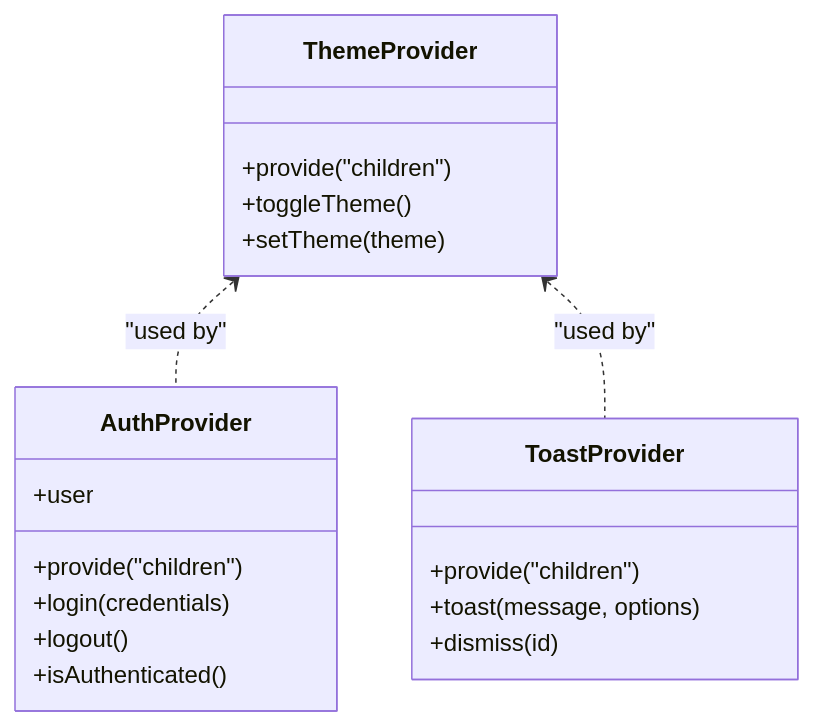
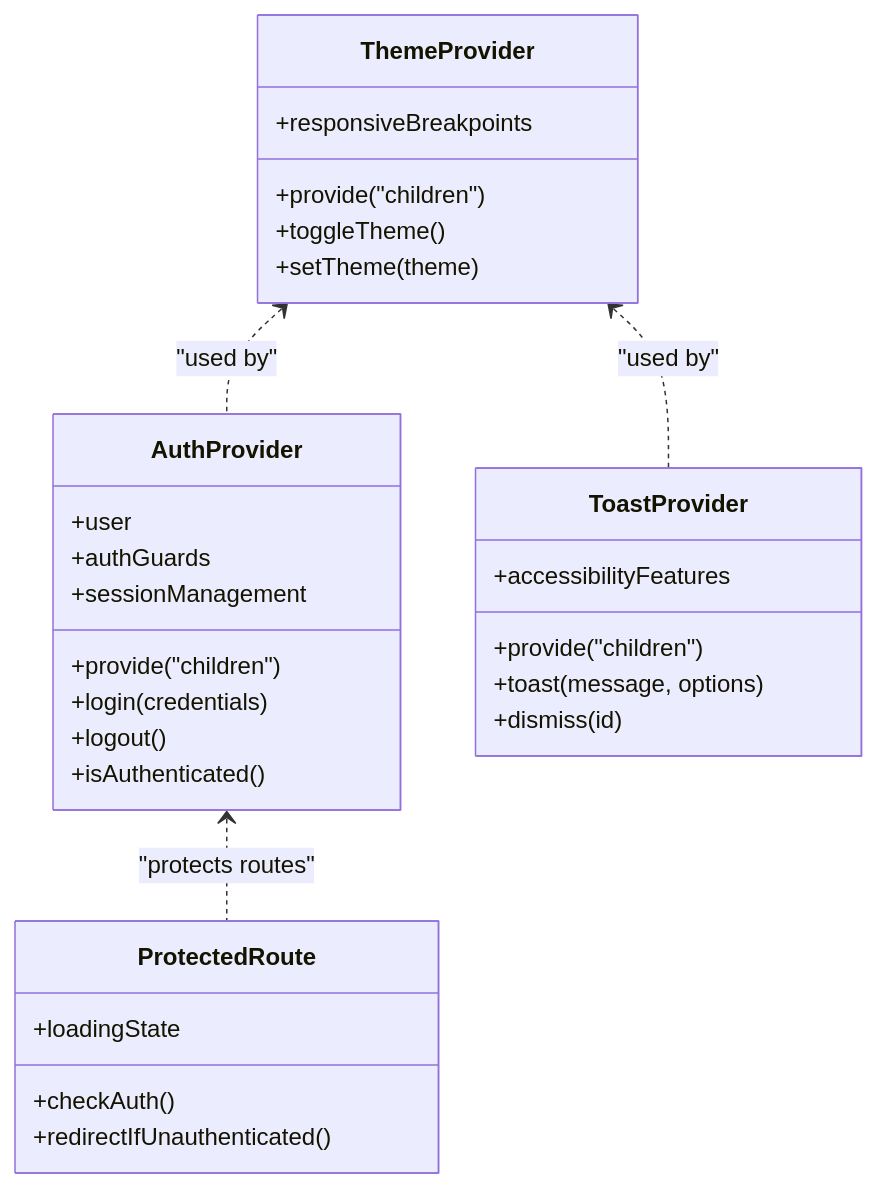
Before and after one commit to HassanAmeer/cheaprouter: the fourth of 9 diagrams in .qoder/repowiki/en/content/Frontend Architecture/Frontend Architecture.md, drawn with Mermaid. The commit also changed other lines of this file and 54 other files, not shown here.

````diff
--- a/.qoder/repowiki/en/content/Frontend Architecture/Frontend Architecture.md
+++ b/.qoder/repowiki/en/content/Frontend Architecture/Frontend Architecture.md
@@ -304,22 +328,32 @@
 ```mermaid
 classDiagram
 class ThemeProvider {
 +provide("children")
 +toggleTheme()
 +setTheme(theme)
++responsiveBreakpoints
 }
 class AuthProvider {
 +provide("children")
 +user
 +login(credentials)
 +logout()
 +isAuthenticated()
++authGuards
++sessionManagement
 }
 class ToastProvider {
 +provide("children")
 +toast(message, options)
 +dismiss(id)
++accessibilityFeatures
+}
+class ProtectedRoute {
++checkAuth()
++redirectIfUnauthenticated()
++loadingState
 }
 ThemeProvider <.. AuthProvider : "used by"
 ThemeProvider <.. ToastProvider : "used by"
+AuthProvider <.. ProtectedRoute : "protects routes"
 ```
````
